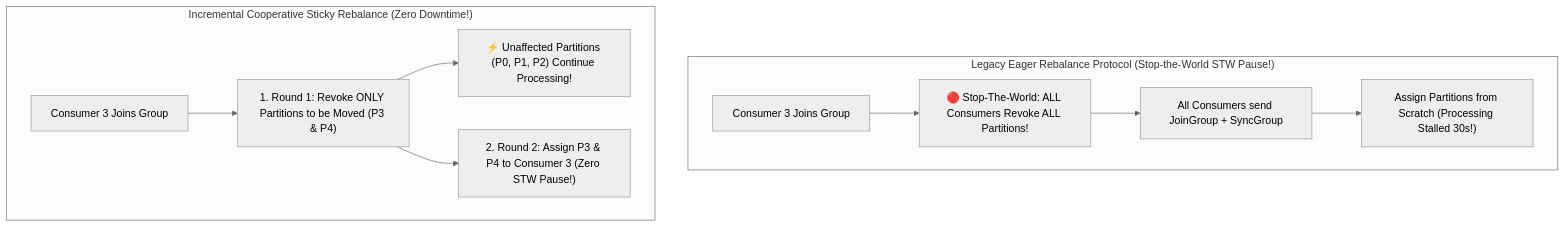
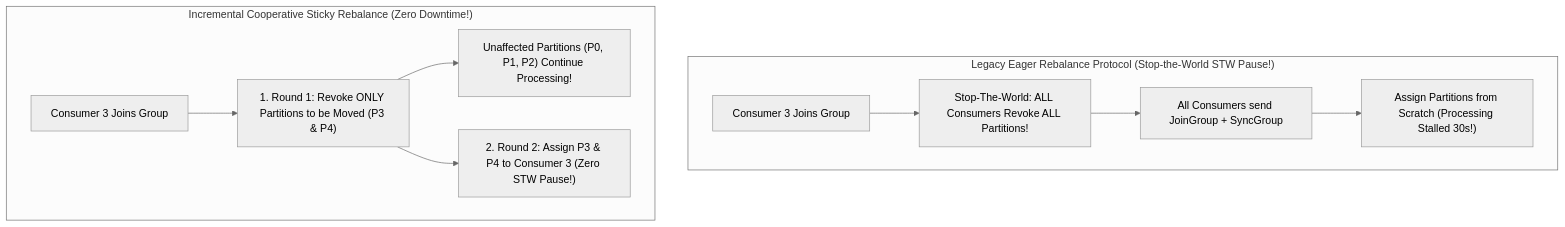
One commit to akmalkhaniub/akmalkhaniub.github.io changed the diagram in blog/posts/distributed-consumer-group-rebalancing-cooperative-sticky.md. Above: the diagram before and after it, drawn with Mermaid (neutral theme). The commit also changed 411 other files, not shown here.

````diff
--- a/blog/posts/distributed-consumer-group-rebalancing-cooperative-sticky.md
+++ b/blog/posts/distributed-consumer-group-rebalancing-cooperative-sticky.md
@@ -21,14 +21,14 @@
 ```mermaid
-graph TD
+flowchart TD
   subgraph SG1_LegacyEagerRebalance ["Legacy Eager Rebalance Protocol (Stop-the-World STW Pause!)"]
-    Event1[Consumer 3 Joins Group] --> RevokeAll["🔴 Stop-The-World: ALL Consumers Revoke ALL Partitions!"]
+    Event1[Consumer 3 Joins Group] --> RevokeAll[" Stop-The-World: ALL Consumers Revoke ALL Partitions!"]
     RevokeAll --> JoinGroup[All Consumers send JoinGroup + SyncGroup]
     JoinGroup --> ReassignAll["Assign Partitions from Scratch (Processing Stalled 30s!)"]
   end
   
   subgraph SG2_IncrementalCooperativeSticky ["Incremental Cooperative Sticky Rebalance (Zero Downtime!)"]
     Event2[Consumer 3 Joins Group] --> Phase1["1. Round 1: Revoke ONLY Partitions to be Moved (P3 & P4)"]
-    Phase1 --> ActiveProceed["⚡ Unaffected Partitions (P0, P1, P2) Continue Processing!"]
+    Phase1 --> ActiveProceed[" Unaffected Partitions (P0, P1, P2) Continue Processing!"]
     Phase1 --> Phase2["2. Round 2: Assign P3 & P4 to Consumer 3 (Zero STW Pause!)"]
   end
 ```
````
